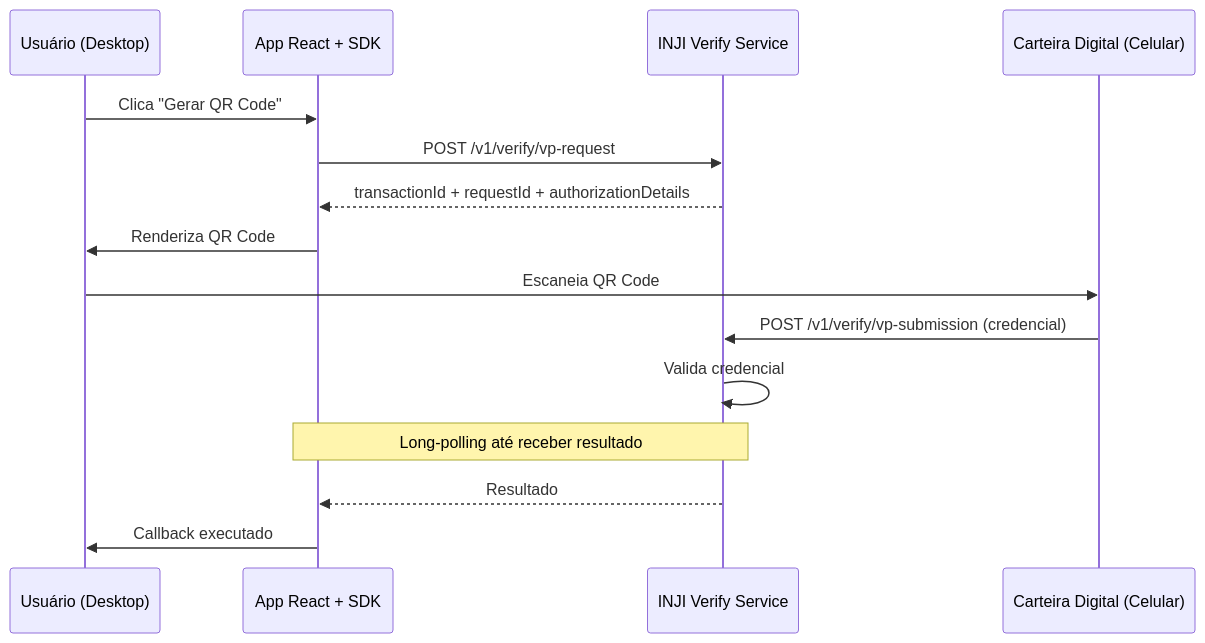
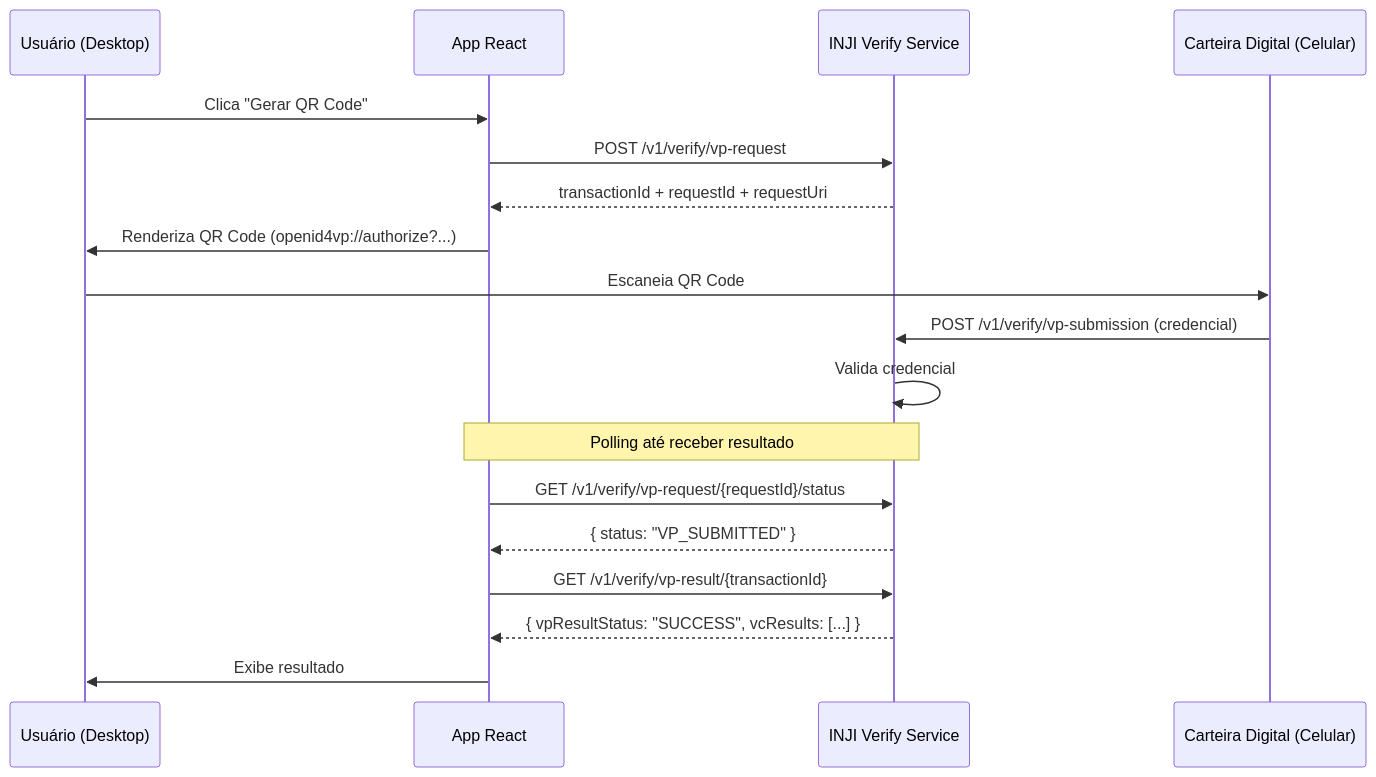
Before and after one commit to infraestrutura-digital/verificaidade_dev: the diagram in integra-web.qmd, drawn with Mermaid. The commit also changed other lines of this file and 21 other files, not shown here.

````diff
--- a/integra-web.qmd
+++ b/integra-web.qmd
@@ -11,18 +11,21 @@
 ```{mermaid}
 sequenceDiagram
     participant U as Usuário (Desktop)
-    participant SDK as App React + SDK
+    participant App as App React
     participant VS as INJI Verify Service
     participant W as Carteira Digital (Celular)
 
-    U->>SDK: Clica "Gerar QR Code"
-    SDK->>VS: POST /v1/verify/vp-request
-    VS-->>SDK: transactionId + requestId + authorizationDetails
-    SDK->>U: Renderiza QR Code
+    U->>App: Clica "Gerar QR Code"
+    App->>VS: POST /v1/verify/vp-request
+    VS-->>App: transactionId + requestId + requestUri
+    App->>U: Renderiza QR Code (openid4vp://authorize?...)
     U->>W: Escaneia QR Code
     W->>VS: POST /v1/verify/vp-submission (credencial)
     VS->>VS: Valida credencial
-    Note over SDK,VS: Long-polling até receber resultado
-    VS-->>SDK: Resultado
-    SDK->>U: Callback executado
+    Note over App,VS: Polling até receber resultado
+    App->>VS: GET /v1/verify/vp-request/{requestId}/status
+    VS-->>App: { status: "VP_SUBMITTED" }
+    App->>VS: GET /v1/verify/vp-result/{transactionId}
+    VS-->>App: { vpResultStatus: "SUCCESS", vcResults: [...] }
+    App->>U: Exibe resultado
 ```
````
